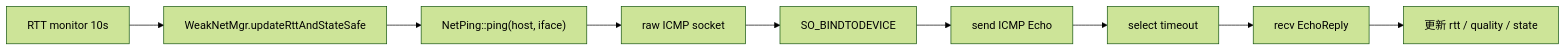
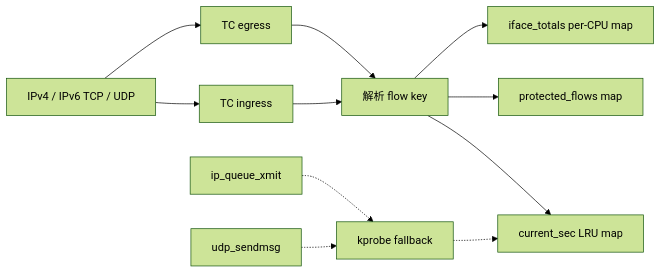
Before and after one commit to God1007/JaNet: the sixth of 15 diagrams in docs/network-diagnostics-engineering-architecture-review.md, drawn with Mermaid (forest theme). The commit also changed other lines of this file and 44 other files, not shown here.

````diff
--- a/docs/network-diagnostics-engineering-architecture-review.md
+++ b/docs/network-diagnostics-engineering-architecture-review.md
@@ -533,11 +290,14 @@
 ```mermaid
 flowchart LR
-    A["RTT monitor 10s"] --> B["WeakNetMgr.updateRttAndStateSafe"]
-    B --> C["NetPing::ping(host, iface)"]
-    C --> D["raw ICMP socket"]
-    D --> E["SO_BINDTODEVICE"]
-    E --> F["send ICMP Echo"]
-    F --> G["select timeout"]
-    G --> H["recv EchoReply"]
-    H --> I["更新 rtt / quality / state"]
+    Packet["IPv4 / IPv6 TCP / UDP"] --> TCIn["TC ingress"]
+    Packet --> TCOut["TC egress"]
+    TCIn --> Parse["解析 flow key"]
+    TCOut --> Parse
+    Parse --> LRU["current_sec LRU map"]
+    Parse --> Protected["protected_flows map"]
+    Parse --> Totals["iface_totals per-CPU map"]
+
+    KTcp["ip_queue_xmit"] -.-> Fallback["kprobe fallback"]
+    KUdp["udp_sendmsg"] -.-> Fallback
+    Fallback -.-> LRU
 ```
````
